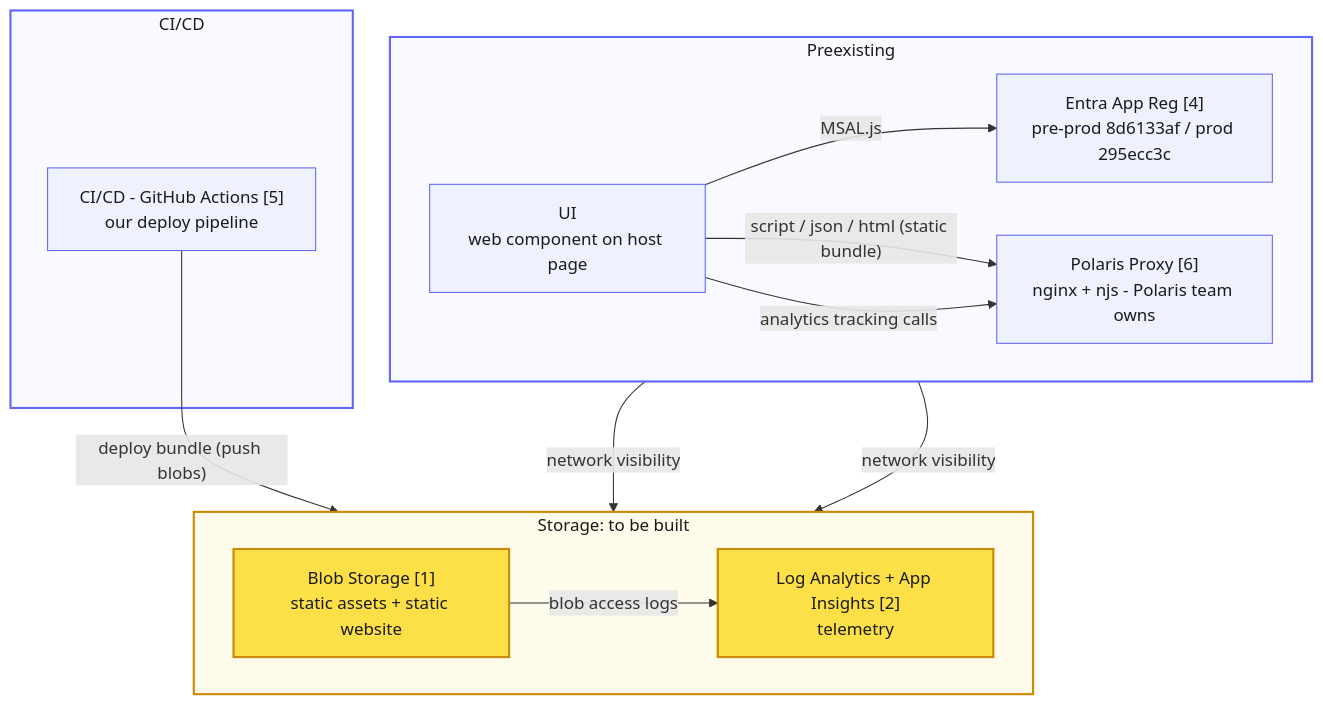
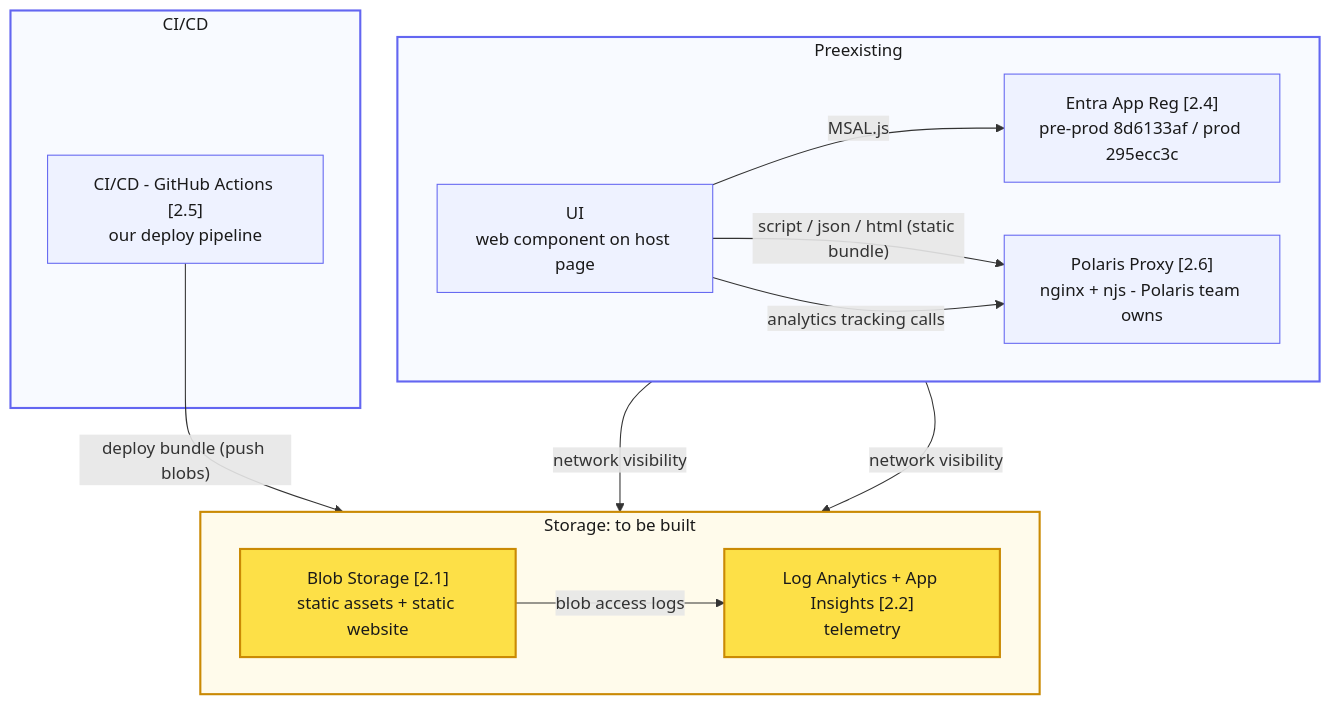
Before and after one commit to CPS-Innovation/global-components: the diagram in infra/INFRASTRUCTURE.md, drawn with Mermaid. The commit also changed other lines of this file, not shown here.

````diff
--- a/infra/INFRASTRUCTURE.md
+++ b/infra/INFRASTRUCTURE.md
@@ -38,35 +52,35 @@
 ```mermaid
 graph TB
     subgraph PREEX ["Preexisting"]
         direction LR
         UI["UI<br/>web component on host page"]
-        ENTRA["Entra App Reg [4]<br/>pre-prod 8d6133af / prod 295ecc3c"]
-        PROXY["Polaris Proxy [6]<br/>nginx + njs - Polaris team owns"]
+        ENTRA["Entra App Reg [2.4]<br/>pre-prod 8d6133af / prod 295ecc3c"]
+        PROXY["Polaris Proxy [2.6]<br/>nginx + njs - Polaris team owns"]
         UI -->|"MSAL.js"| ENTRA
         UI -->|"script / json / html (static bundle)"| PROXY
         UI -->|"analytics tracking calls"| PROXY
     end
 
     subgraph BUILD ["Storage: to be built"]
         direction LR
-        BLOB["Blob Storage [1]<br/>static assets + static website"]
-        LA["Log Analytics + App Insights [2]<br/>telemetry"]
+        BLOB["Blob Storage [2.1]<br/>static assets + static website"]
+        LA["Log Analytics + App Insights [2.2]<br/>telemetry"]
         BLOB -->|"blob access logs"| LA
     end
 
     subgraph CI ["CI/CD"]
-        CICD["CI/CD - GitHub Actions [5]<br/>our deploy pipeline"]
+        CICD["CI/CD - GitHub Actions [2.5]<br/>our deploy pipeline"]
     end
 
     PROXY -->|"network visibility"| BLOB
     PROXY -->|"network visibility"| LA
     CICD -->|"deploy bundle (push blobs)"| BLOB
 
     classDef build fill:#fde047,stroke:#ca8a04,stroke-width:2px,color:#1a1a1a;
     classDef existing fill:#eef2ff,stroke:#6366f1,color:#1a1a1a;
     class BLOB,LA build;
     class UI,ENTRA,PROXY,CICD existing;
     style BUILD fill:#fffbeb,stroke:#ca8a04,stroke-width:2px,color:#1a1a1a;
     style PREEX fill:#f8faff,stroke:#6366f1,stroke-width:2px,color:#1a1a1a;
     style CI fill:#f8faff,stroke:#6366f1,stroke-width:2px,color:#1a1a1a;
 ```
````
